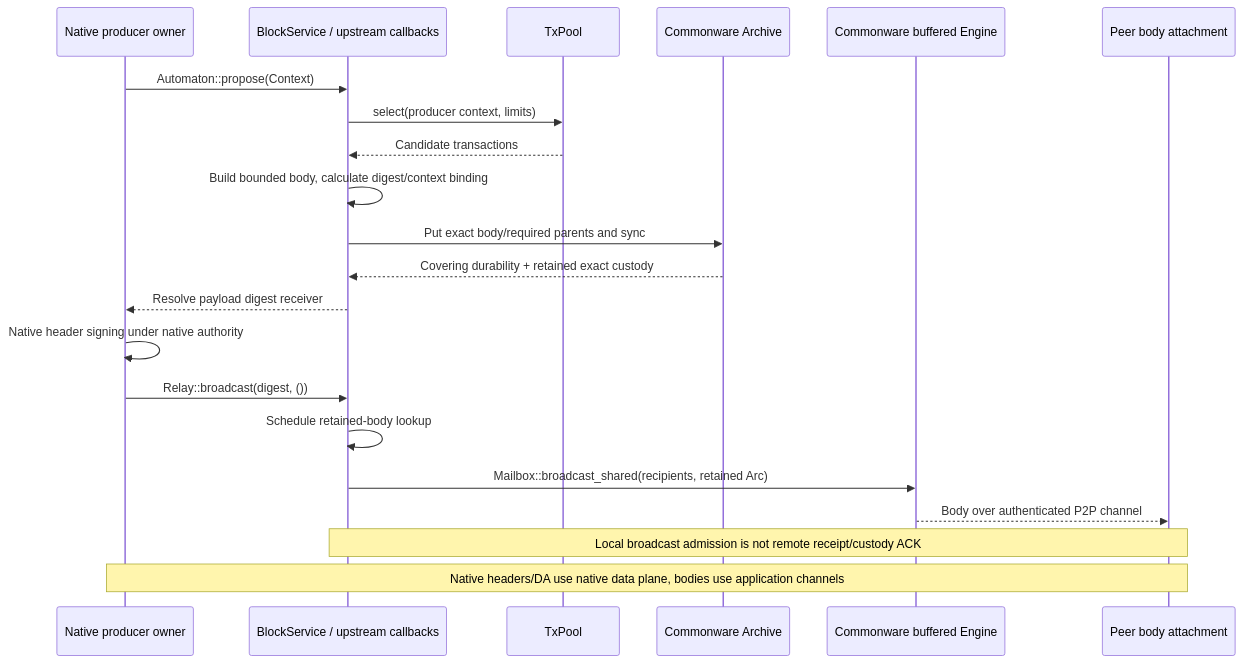
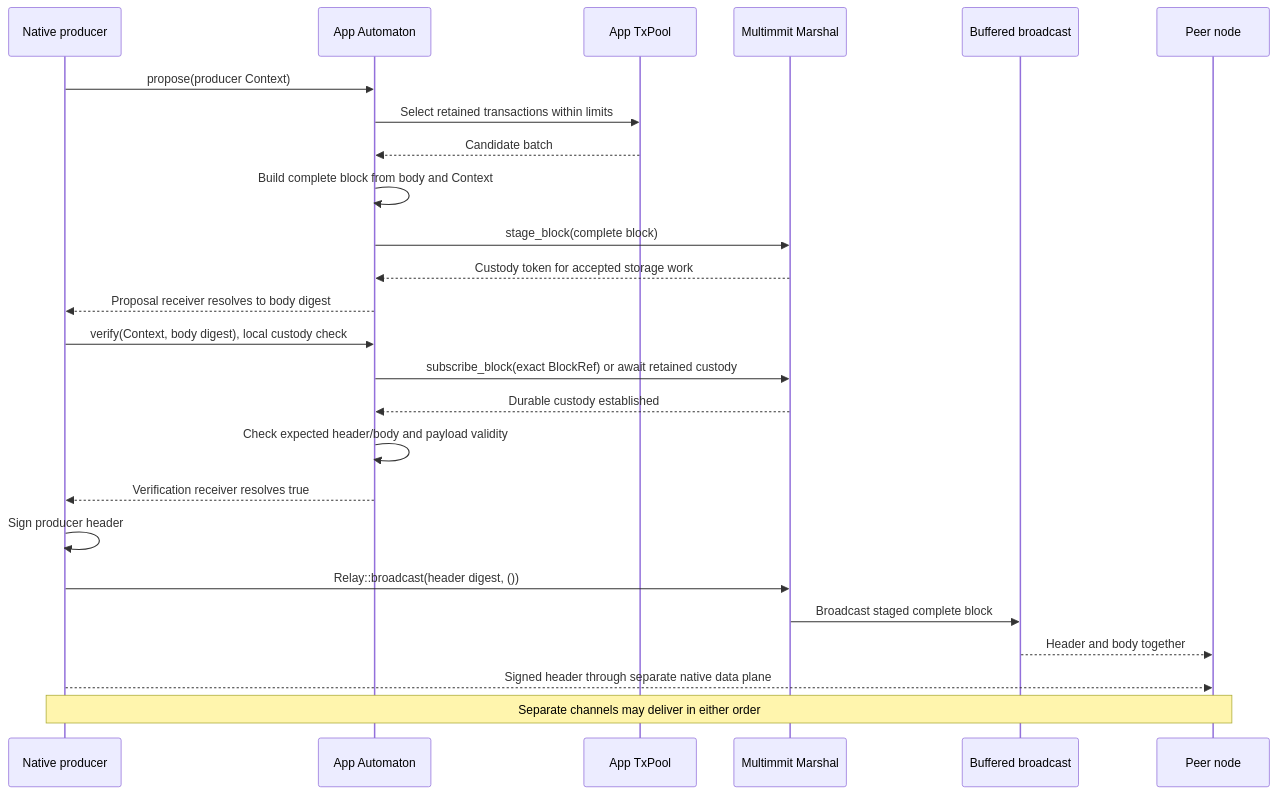
Before and after one commit to djm07073/baton-research: the diagram in docs/assets/diagrams/diagram-04.mmd, drawn with Mermaid. The commit also changed 292 other files, not shown here.

```diff
--- a/docs/assets/diagrams/diagram-04.mmd
+++ b/docs/assets/diagrams/diagram-04.mmd
@@ -1,21 +1,25 @@
 sequenceDiagram
-    participant N as Native producer owner
-    participant A as BlockService / upstream callbacks
-    participant T as TxPool
-    participant S as Commonware Archive
-    participant D as Commonware buffered Engine
-    participant V as Peer body attachment
-    N->>A: Automaton::propose(Context)
-    A->>T: select(producer context, limits)
-    T-->>A: Candidate transactions
-    A->>A: Build bounded body, calculate digest/context binding
-    A->>S: Put exact body/required parents and sync
-    S-->>A: Covering durability + retained exact custody
-    A-->>N: Resolve payload digest receiver
-    N->>N: Native header signing under native authority
-    N->>A: Relay::broadcast(digest, ())
-    A->>A: Schedule retained-body lookup
-    A->>D: Mailbox::broadcast_shared(recipients, retained Arc)
-    D-->>V: Body over authenticated P2P channel
-    Note over A,V: Local broadcast admission is not remote receipt/custody ACK
-    Note over N,V: Native headers/DA use native data plane, bodies use application channels
+    participant N as Native producer
+    participant A as App Automaton
+    participant P as App TxPool
+    participant M as Multimmit Marshal
+    participant B as Buffered broadcast
+    participant R as Peer node
+    N->>A: propose(producer Context)
+    A->>P: Select retained transactions within limits
+    P-->>A: Candidate batch
+    A->>A: Build complete block from body and Context
+    A->>M: stage_block(complete block)
+    M-->>A: Custody token for accepted storage work
+    A-->>N: Proposal receiver resolves to body digest
+    N->>A: verify(Context, body digest), local custody check
+    A->>M: subscribe_block(exact BlockRef) or await retained custody
+    M-->>A: Durable custody established
+    A->>A: Check expected header/body and payload validity
+    A-->>N: Verification receiver resolves true
+    N->>N: Sign producer header
+    N->>M: Relay::broadcast(header digest, ())
+    M->>B: Broadcast staged complete block
+    B-->>R: Header and body together
+    N-->>R: Signed header through separate native data plane
+    Note over N,R: Separate channels may deliver in either order
```
